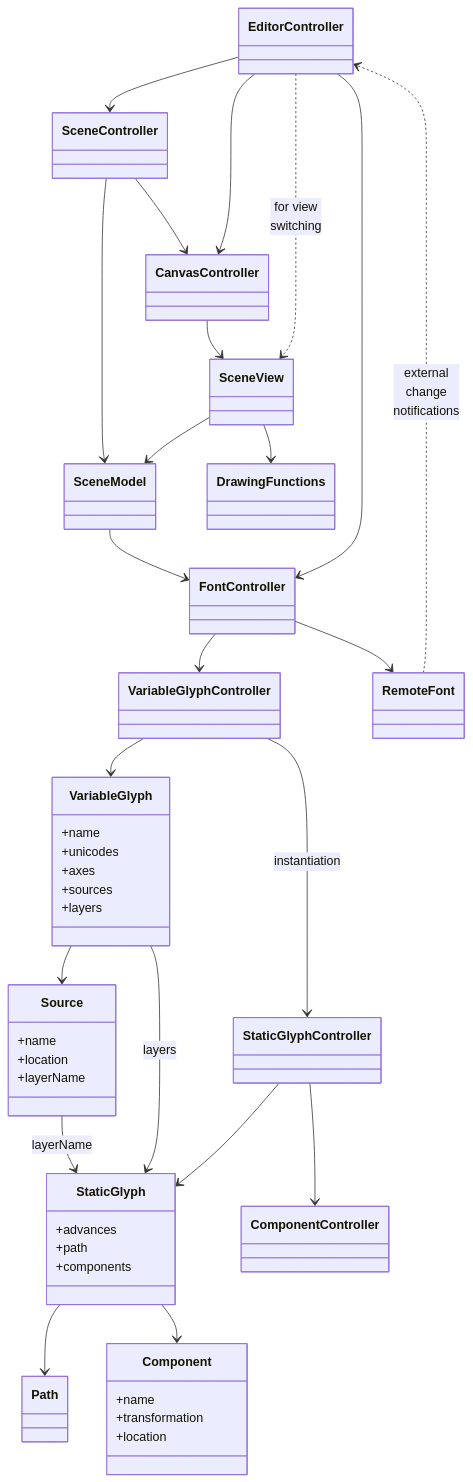
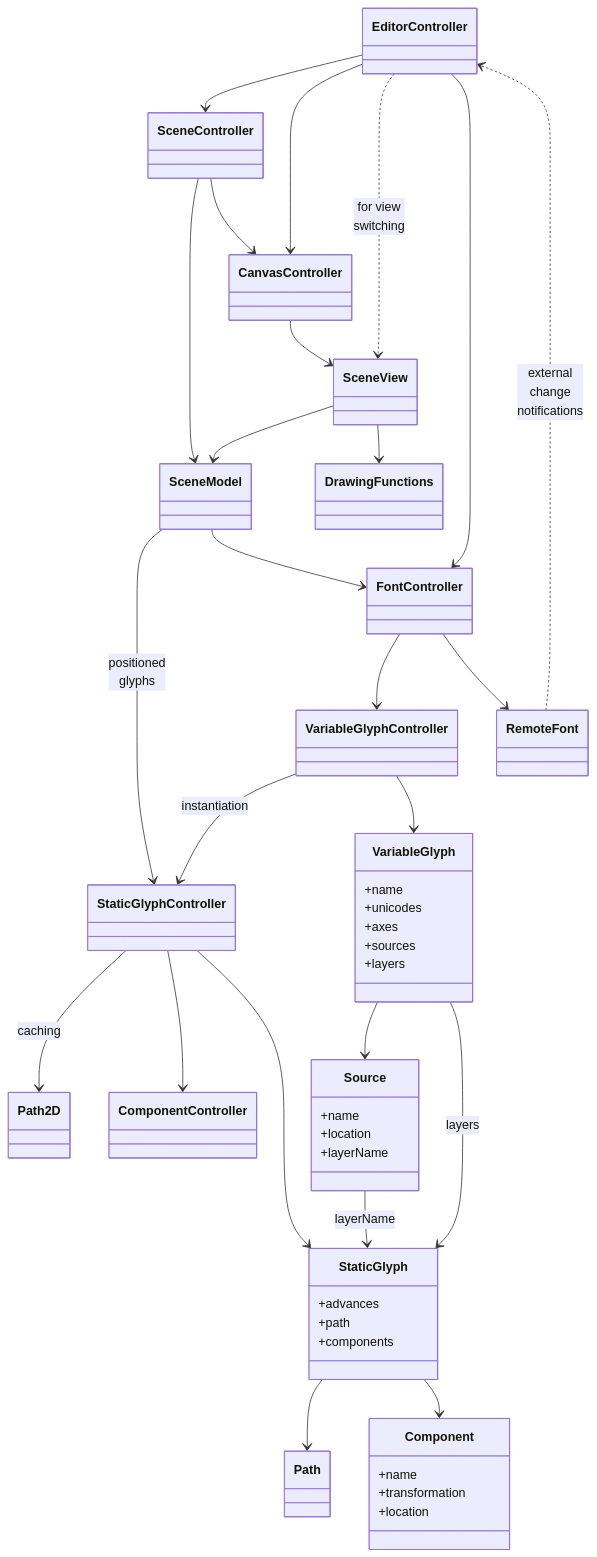
One commit to googlefonts/fontra changed the diagram in docs/client-classes.md. Above: the diagram before and after it, drawn with Mermaid.

Commit message:
Refining class diagram

````diff
--- a/docs/client-classes.md
+++ b/docs/client-classes.md
@@ -40,59 +40,62 @@
 ```mermaid
 classDiagram
 class VariableGlyph {
   +name
   +unicodes
   +axes
   +sources
   +layers
 }
 
 class Source {
   +name
   +location
   +layerName
 }
 
 class StaticGlyph {
   +advances
   +path
   +components
 }
 
 class Component {
   +name
   +transformation
   +location
 }
 EditorController-->SceneController
 EditorController-->CanvasController
 EditorController..>SceneView : for view<br>switching
 EditorController-->FontController
 
 CanvasController-->SceneView
 
 SceneController-->SceneModel
 SceneController-->CanvasController
 
 SceneView-->SceneModel
 SceneView-->DrawingFunctions
 
+SceneModel-->StaticGlyphController : positioned<br>glyphs
 SceneModel-->FontController
 
 FontController-->VariableGlyphController
 FontController-->RemoteFont
 
+VariableGlyphController-->StaticGlyphController : instantiation
 VariableGlyphController-->VariableGlyph
-VariableGlyphController-->StaticGlyphController : instantiation
 
 VariableGlyph-->Source
 VariableGlyph-->StaticGlyph : layers
 Source-->StaticGlyph : layerName
+StaticGlyphController-->Path2D : caching
+StaticGlyphController-->ComponentController
 StaticGlyphController-->StaticGlyph
-StaticGlyphController-->ComponentController
+
 
 StaticGlyph-->Path
 StaticGlyph-->Component
 
 RemoteFont..>EditorController : external<br>change<br>notifications
 ```
````
